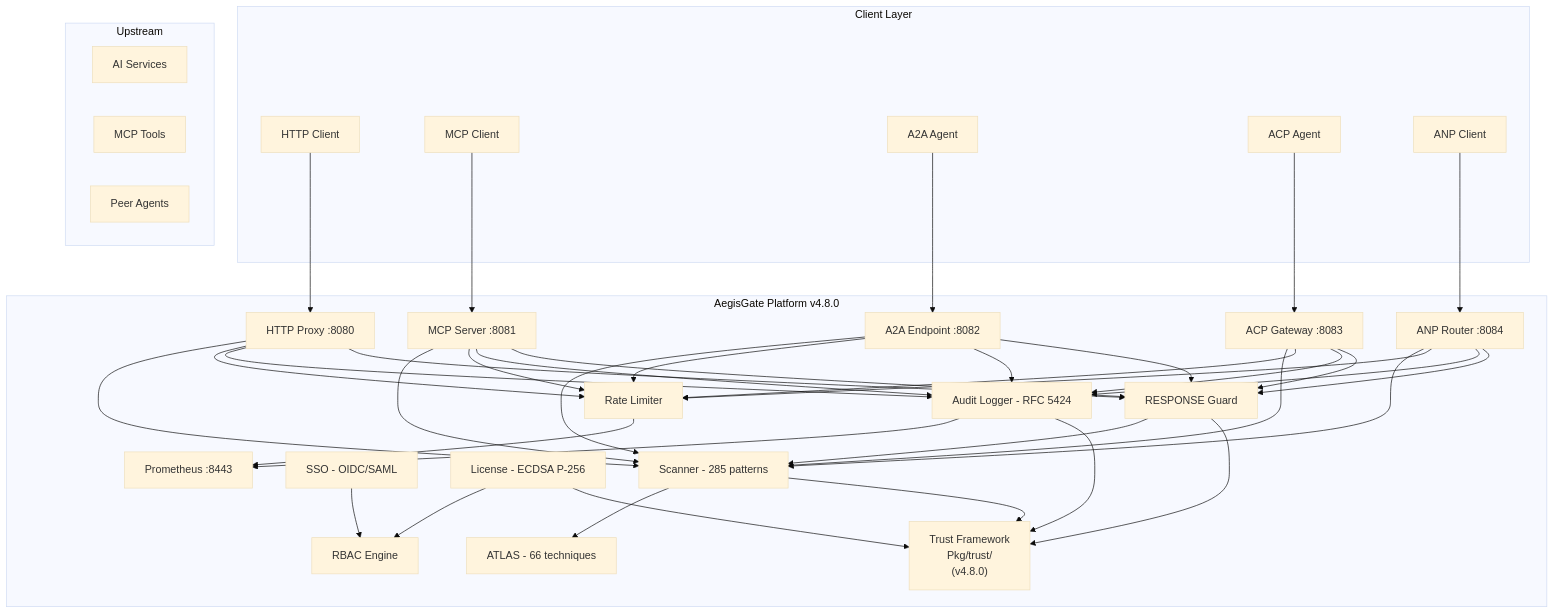
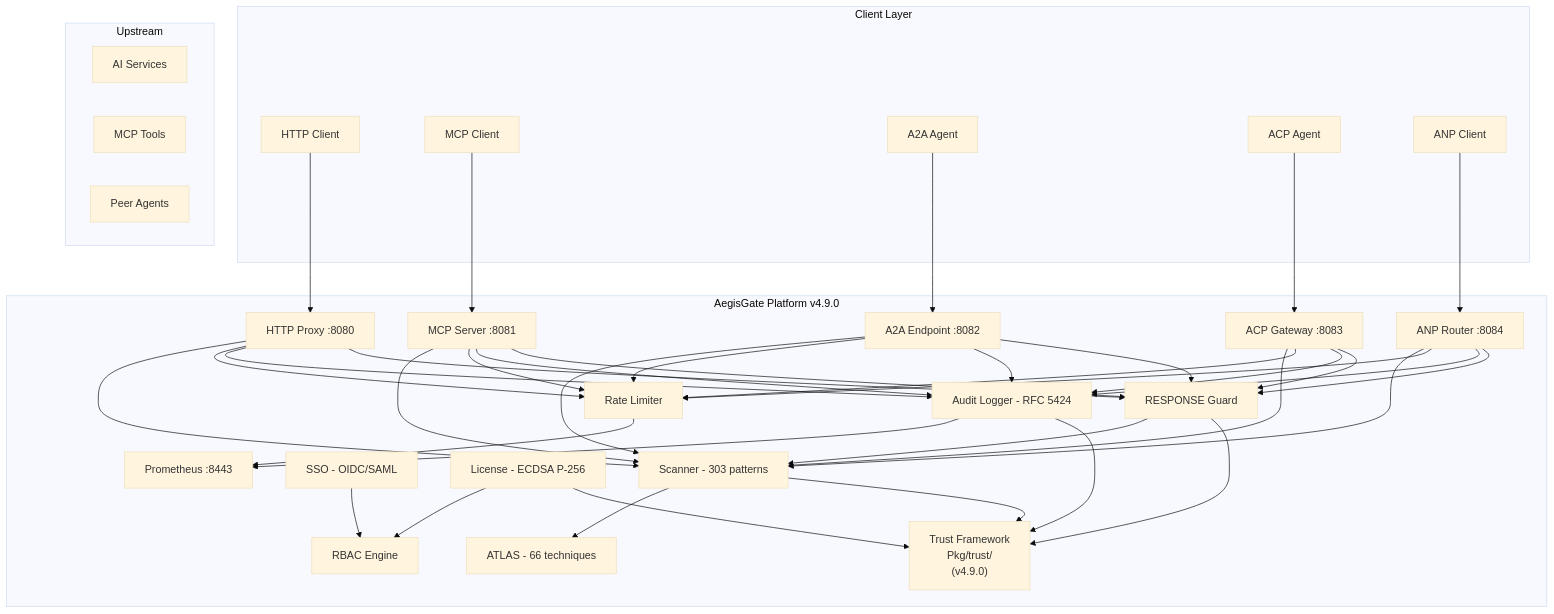
The diagram in content/tech.md (aegisgatesecurity/aegisgate-site), drawn with Mermaid (base theme) before and after one commit. The commit also changed other lines of this file and 35 other files, not shown here.

```diff
--- a/content/tech.md
+++ b/content/tech.md
@@ -12,61 +12,61 @@
 {{< mermaid >}}
 flowchart TB
     subgraph Client["Client Layer"]
         A["HTTP Client"]
         B["MCP Client"]
         C["A2A Agent"]
         D["ACP Agent"]
         E["ANP Client"]
     end
 
-    subgraph AegisGate["AegisGate Platform v4.8.0"]
+    subgraph AegisGate["AegisGate Platform v4.9.0"]
         G["HTTP Proxy :8080"]
         H["MCP Server :8081"]
         I["A2A Endpoint :8082"]
         J["ACP Gateway :8083"]
         K["ANP Router :8084"]
         L["RESPONSE Guard"]
-        TR["Trust Framework\nPkg/trust/\n(v4.8.0)"]
+        TR["Trust Framework\nPkg/trust/\n(v4.9.0)"]
 
-        M["Scanner - 285 patterns"]
+        M["Scanner - 303 patterns"]
         N["ATLAS - 66 techniques"]
         O["Rate Limiter"]
         P["Audit Logger - RFC 5424"]
 
         Q["SSO - OIDC/SAML"]
         R["RBAC Engine"]
         S["License - ECDSA P-256"]
 
         T["Prometheus :8443"]
     end
 
     subgraph Upstream["Upstream"]
         U["AI Services"]
         V["MCP Tools"]
         W["Peer Agents"]
     end
 
     A --> G
     B --> H
     C --> I
     D --> J
     E --> K
 
     G --> M & O & P & L
     H --> M & O & P & L
     I --> M & O & P & L
     J --> M & O & P & L
     K --> M & O & P & L
 
     M --> N
     L --> M
     O --> T
     P --> T
     Q --> R
     S --> R
 
     M --> TR
     L --> TR
     P --> TR
     S --> TR
 {{< /mermaid >}}
```
